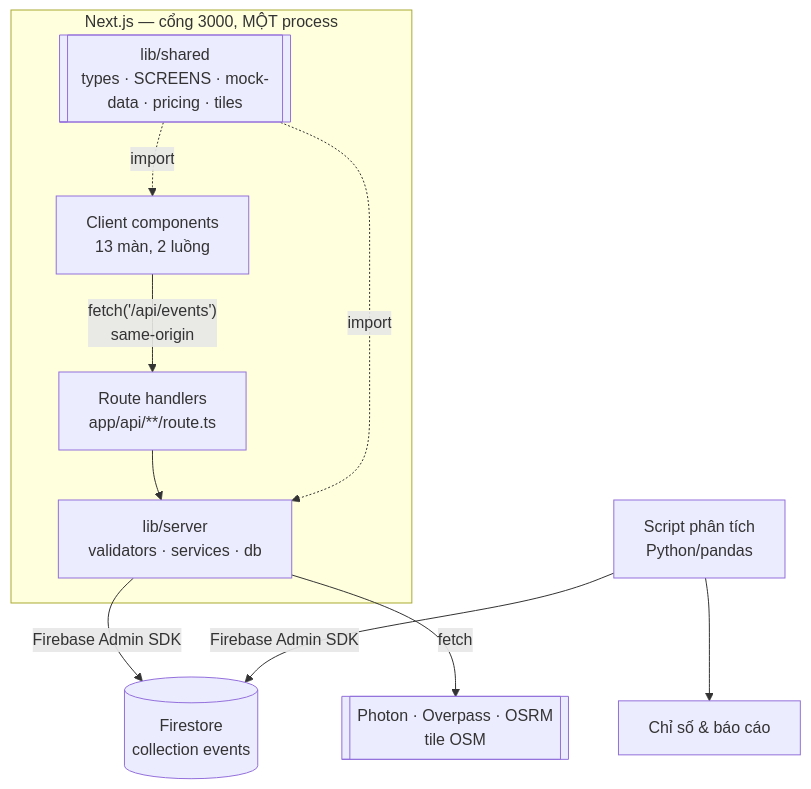
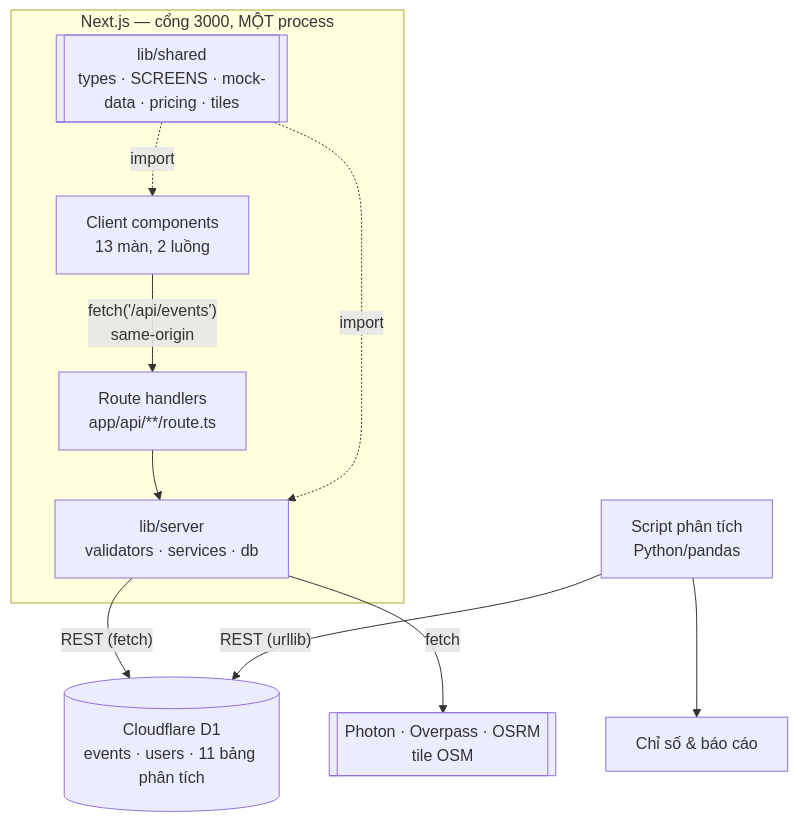
One commit to trankieuoanh/Mo-phong-web-dat-xe changed the diagram in ARCHITECTURE.md. Above: the diagram before and after it, drawn with Mermaid. The commit also changed other lines of this file and 21 other files, not shown here.

````diff
--- a/ARCHITECTURE.md
+++ b/ARCHITECTURE.md
@@ -7,19 +7,19 @@
 ```mermaid
 flowchart TD
   subgraph next["Next.js — cổng 3000, MỘT process"]
     A[Client components<br/>13 màn, 2 luồng]
     B["Route handlers<br/>app/api/**/route.ts"]
     S[["lib/shared<br/>types · SCREENS · mock-data · pricing · tiles"]]
     V["lib/server<br/>validators · services · db"]
   end
 
   A -->|"fetch('/api/events')<br/>same-origin"| B
   B --> V
-  V -->|Firebase Admin SDK| C[(Firestore<br/>collection events)]
+  V -->|"REST (fetch)"| C[(Cloudflare D1<br/>events · users · 11 bảng phân tích)]
   V -->|fetch| U[["Photon · Overpass · OSRM<br/>tile OSM"]]
   S -.->|import| A
   S -.->|import| V
 
-  D[Script phân tích<br/>Python/pandas] -->|Firebase Admin SDK| C
+  D[Script phân tích<br/>Python/pandas] -->|"REST (urllib)"| C
   D --> E[Chỉ số & báo cáo]
 ```
````
